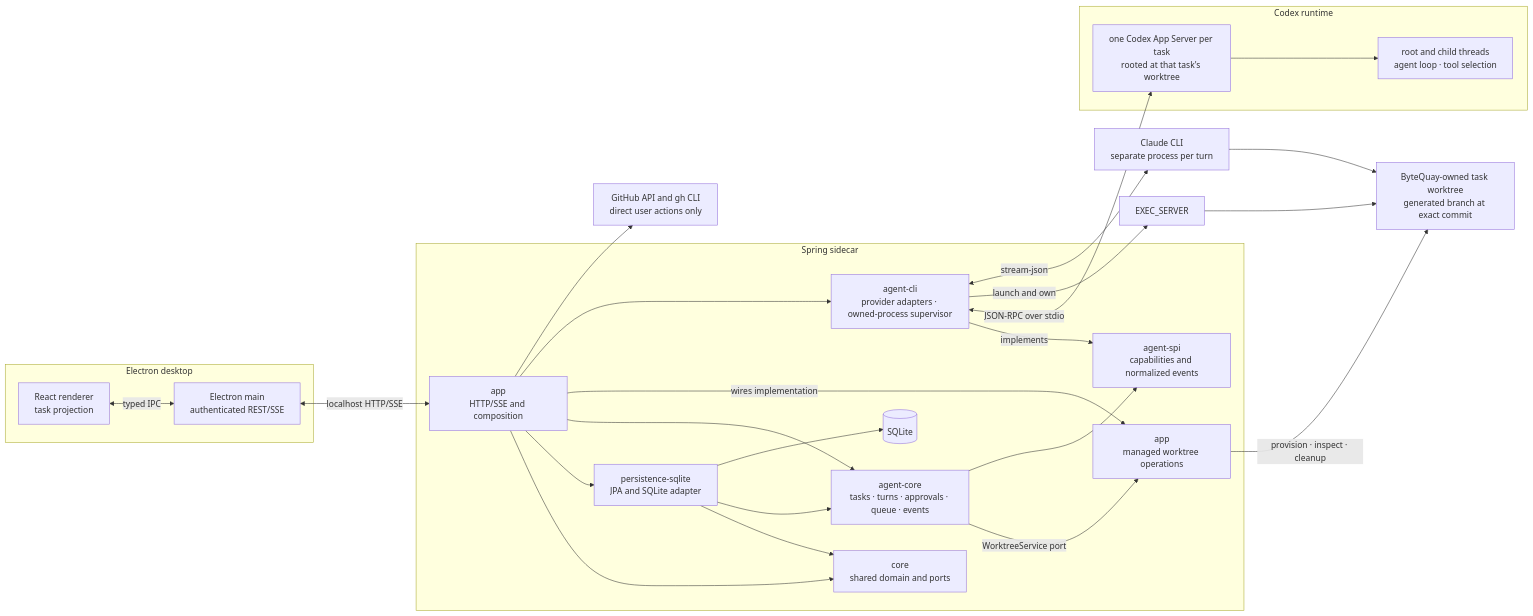
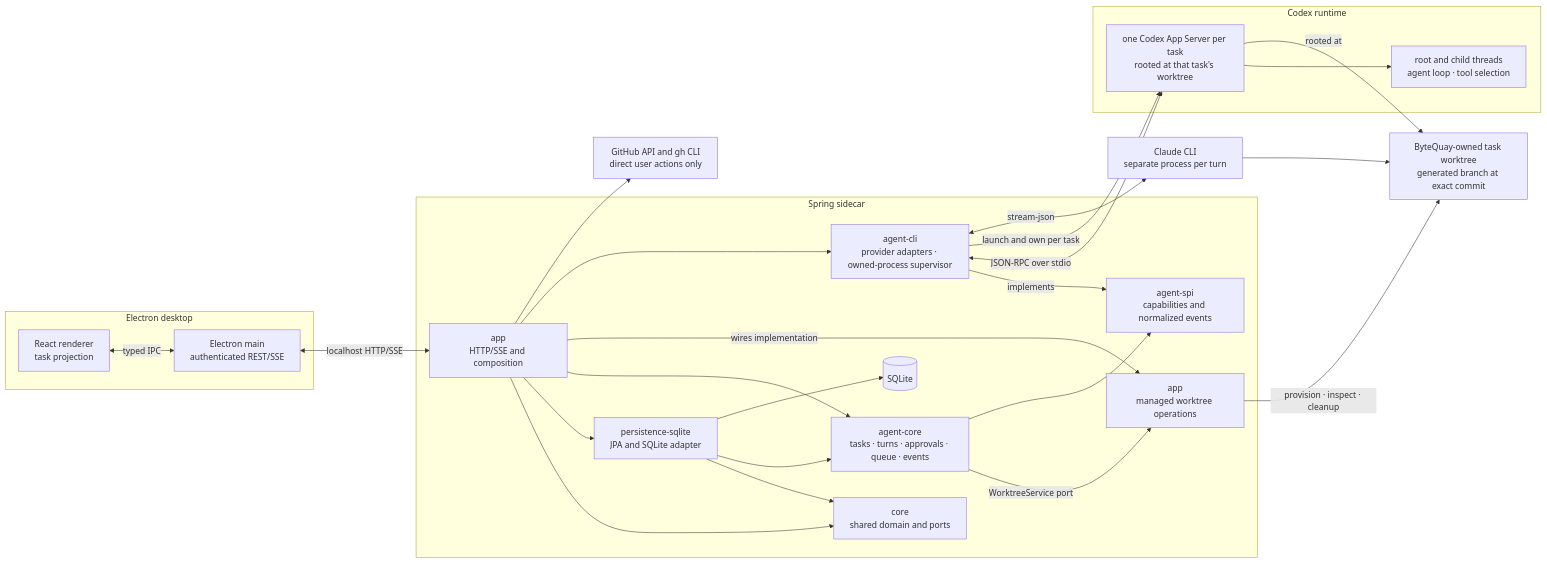
One commit to bytequay/bytequay changed the diagram in docs/design/architecture.md. Above: the diagram before and after it, drawn with Mermaid. The commit also changed other lines of this file and 76 other files, not shown here.

````diff
--- a/docs/design/architecture.md
+++ b/docs/design/architecture.md
@@ -47,50 +47,50 @@
 ```mermaid
 flowchart LR
     subgraph DESKTOP["Electron desktop"]
         RENDERER["React renderer<br/>task projection"]
         MAIN["Electron main<br/>authenticated REST/SSE"]
         RENDERER <-->|"typed IPC"| MAIN
     end
 
     subgraph BACKEND["Spring sidecar"]
         APP["app<br/>HTTP/SSE and composition"]
         CORE["core<br/>shared domain and ports"]
         DB["persistence-sqlite<br/>JPA and SQLite adapter"]
         AGENT_CORE["agent-core<br/>tasks · turns · approvals · queue · events"]
         WORKTREES["app<br/>managed worktree operations"]
         AGENT_CLI["agent-cli<br/>provider adapters · owned-process supervisor"]
         AGENT_SPI["agent-spi<br/>capabilities and normalized events"]
         SQLITE[("SQLite")]
 
         APP --> CORE
         APP --> DB
         APP --> AGENT_CORE
         APP -->|"wires implementation"| WORKTREES
         APP --> AGENT_CLI
         AGENT_CORE -->|"WorktreeService port"| WORKTREES
         DB --> CORE
         DB --> AGENT_CORE
         DB --> SQLITE
         AGENT_CORE --> AGENT_SPI
         AGENT_CLI -->|"implements"| AGENT_SPI
     end
 
     subgraph CODEX["Codex runtime"]
         APP_SERVER["one Codex App Server per task<br/>rooted at that task's worktree"]
         THREADS["root and child threads<br/>agent loop · tool selection"]
         APP_SERVER --> THREADS
     end
 
     CLAUDE["Claude CLI<br/>separate process per turn"]
     WORKTREE["ByteQuay-owned task worktree<br/>generated branch at exact commit"]
     GITHUB["GitHub API and gh CLI<br/>direct user actions only"]
 
     MAIN <-->|"localhost HTTP/SSE"| APP
     APP --> GITHUB
     AGENT_CLI <-->|"JSON-RPC over stdio"| APP_SERVER
-    AGENT_CLI -->|"launch and own"| EXEC_SERVER
+    AGENT_CLI -->|"launch and own per task"| APP_SERVER
     AGENT_CLI <-->|"stream-json"| CLAUDE
     WORKTREES -->|"provision · inspect · cleanup"| WORKTREE
-    EXEC_SERVER --> WORKTREE
+    APP_SERVER -->|"rooted at"| WORKTREE
     CLAUDE --> WORKTREE
 ```
````
